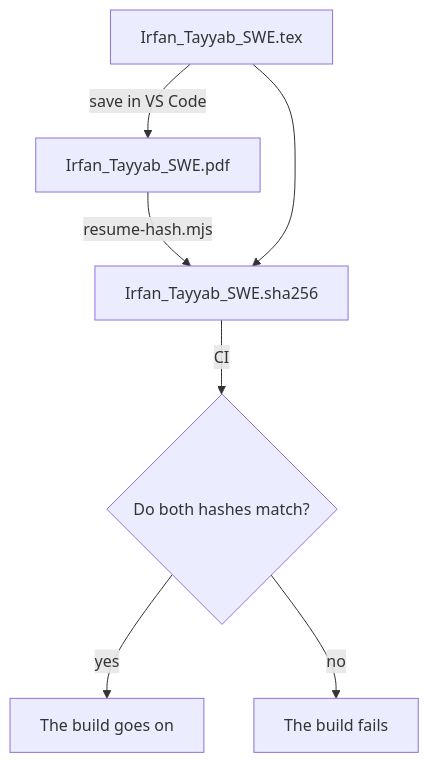
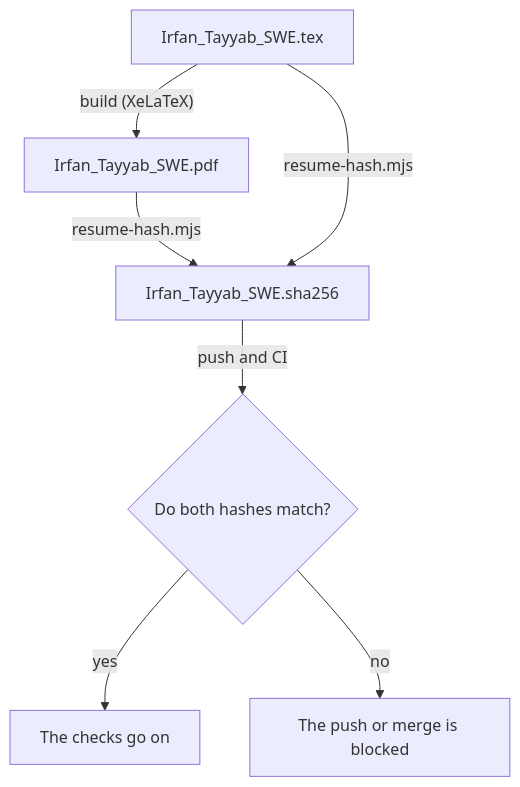
One commit to irfantayyab/irfantayyab changed the diagram in content/writing/holding-a-portfolio-to-its-resume/index.md. Above: the diagram before and after it, drawn with Mermaid. The commit also changed other lines of this file and 1 other file, not shown here.

````diff
--- a/content/writing/holding-a-portfolio-to-its-resume/index.md
+++ b/content/writing/holding-a-portfolio-to-its-resume/index.md
@@ -36,11 +40,11 @@
 ```mermaid
 flowchart TD
-  accTitle: From a saved resume to a checked one
-  accDescr: Saving the LaTeX source builds the PDF, then a script hashes both into a file committed with them. In CI, the test recomputes both hashes and compares them with that file, failing if either changed.
-  tex[Irfan_Tayyab_SWE.tex] -->|save in VS Code| pdf[Irfan_Tayyab_SWE.pdf]
+  accTitle: From the resume's source to a checked PDF
+  accDescr: XeLaTeX builds the PDF from the source, and a script saves the hashes of both in Irfan_Tayyab_SWE.sha256. Before every push and in CI, a test hashes the source and the PDF again and compares them with that file, failing if either changed.
+  tex[Irfan_Tayyab_SWE.tex] -->|"build (XeLaTeX)"| pdf[Irfan_Tayyab_SWE.pdf]
   pdf -->|resume-hash.mjs| hash[Irfan_Tayyab_SWE.sha256]
-  tex --> hash
-  hash -->|CI| test{Do both hashes match?}
-  test -->|yes| pass[The build goes on]
-  test -->|no| fail[The build fails]
+  tex -->|resume-hash.mjs| hash
+  hash -->|push and CI| test{Do both hashes match?}
+  test -->|yes| pass[The checks go on]
+  test -->|no| fail[The push or merge is blocked]
 ```
````
